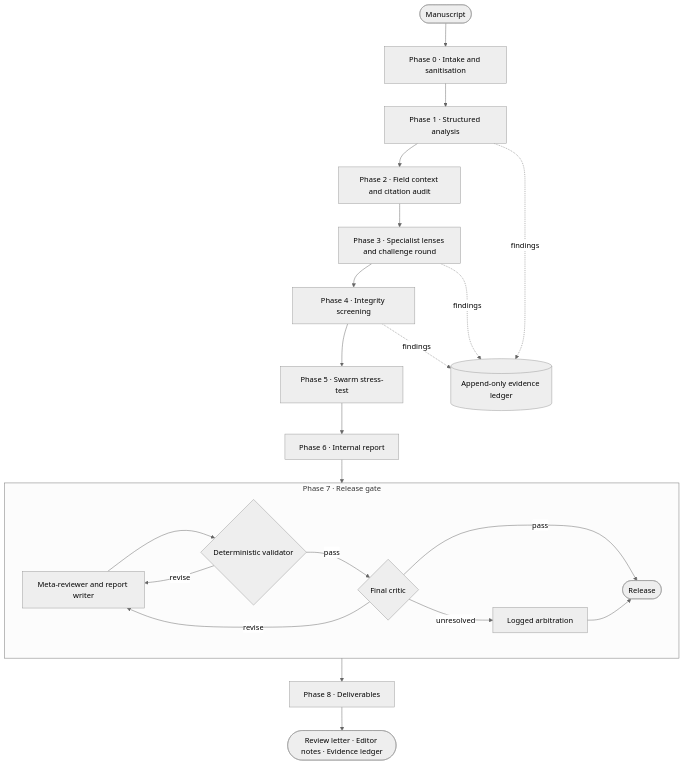
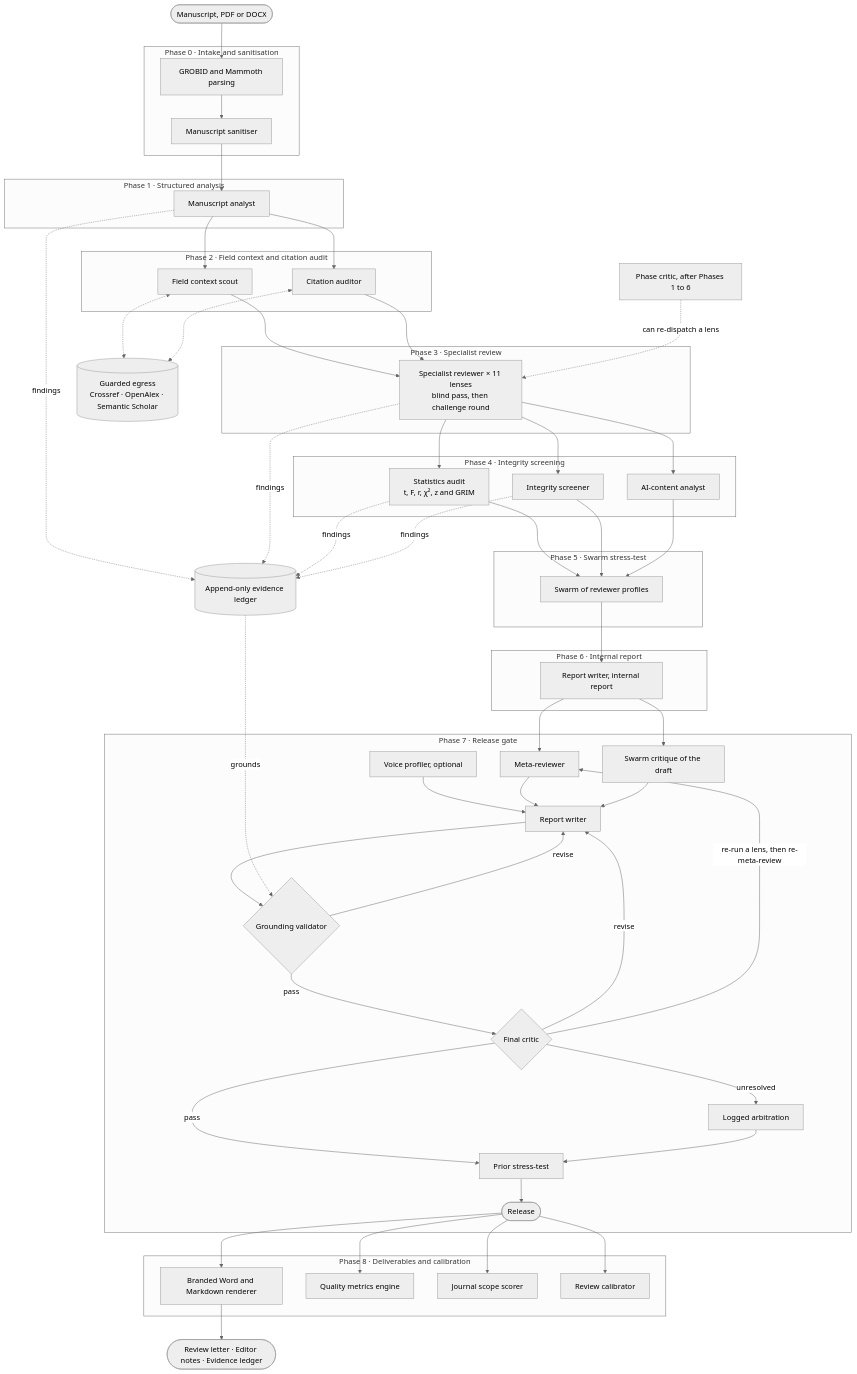
Before and after one commit to llewellynvz/maps-multi-agent-academic-peer-review-system: the diagram in README.md, drawn with Mermaid (neutral theme). The commit also changed other lines of this file and 12 other files, not shown here.

````diff
--- a/README.md
+++ b/README.md
@@ -83,29 +78,75 @@
 ```mermaid
 flowchart TD
-    M([Manuscript]) --> P0[Phase 0 · Intake and sanitisation]
-    P0 --> P1[Phase 1 · Structured analysis]
-    P1 --> P2[Phase 2 · Field context and citation audit]
-    P2 --> P3[Phase 3 · Specialist lenses and challenge round]
-    P3 --> P4[Phase 4 · Integrity screening]
-    P4 --> P5[Phase 5 · Swarm stress-test]
-    P5 --> P6[Phase 6 · Internal report]
-    P6 --> G
+    M([Manuscript, PDF or DOCX]) --> PARSE
 
-    subgraph G [Phase 7 · Release gate]
-      direction LR
-      W[Meta-reviewer and report writer] --> V{Deterministic validator}
-      V -- revise --> W
-      V -- pass --> C{Final critic}
-      C -- revise --> W
-      C -- pass --> R([Release])
-      C -- unresolved --> A[Logged arbitration] --> R
+    subgraph P0 [Phase 0 · Intake and sanitisation]
+      PARSE[GROBID and Mammoth parsing] --> SAN[Manuscript sanitiser]
     end
 
-    G --> P8[Phase 8 · Deliverables]
-    P8 --> OUT([Review letter · Editor notes · Evidence ledger])
+    subgraph P1 [Phase 1 · Structured analysis]
+      MA[Manuscript analyst]
+    end
+
+    subgraph P2 [Phase 2 · Field context and citation audit]
+      FCS[Field context scout]
+      CA[Citation auditor]
+    end
+
+    subgraph P3 [Phase 3 · Specialist review]
+      SR["Specialist reviewer × 11 lenses<br/>blind pass, then challenge round"]
+    end
+
+    subgraph P4 [Phase 4 · Integrity screening]
+      STAT["Statistics audit<br/>t, F, r, χ², z and GRIM"]
+      IS[Integrity screener]
+      AIC[AI-content analyst]
+    end
+
+    subgraph P5 [Phase 5 · Swarm stress-test]
+      SW[Swarm of reviewer profiles]
+    end
+
+    subgraph P6 [Phase 6 · Internal report]
+      IR[Report writer, internal report]
+    end
+
+    subgraph P7 [Phase 7 · Release gate]
+      VP[Voice profiler, optional] --> RW
+      MR[Meta-reviewer] --> RW[Report writer]
+      SWR[Swarm critique of the draft] --> RW
+      RW --> V{Grounding validator}
+      V -- revise --> RW
+      V -- pass --> FC{Final critic}
+      FC -- revise --> RW
+      FC -- re-run a lens, then re-meta-review --> MR
+      FC -- pass --> PST[Prior stress-test]
+      FC -- unresolved --> ARB[Logged arbitration] --> PST
+      PST --> R([Release])
+    end
+
+    subgraph P8 [Phase 8 · Deliverables and calibration]
+      DOC[Branded Word and Markdown renderer]
+      QM[Quality metrics engine]
+      JSS[Journal scope scorer]
+      CAL[Review calibrator]
+    end
+
+    SAN --> MA --> FCS & CA
+    FCS & CA --> SR --> STAT & IS & AIC
+    STAT & IS & AIC --> SW --> IR --> MR & SWR
+    R --> DOC & QM & JSS & CAL
+    DOC --> OUT([Review letter · Editor notes · Evidence ledger])
+
+    PC[Phase critic, after Phases 1 to 6] -. can re-dispatch a lens .-> SR
+
+    EG[(Guarded egress<br/>Crossref · OpenAlex · Semantic Scholar)]
+    FCS <-.-> EG
+    CA <-.-> EG
 
     L[(Append-only evidence ledger)]
-    P1 -. findings .-> L
-    P3 -. findings .-> L
-    P4 -. findings .-> L
+    MA -. findings .-> L
+    SR -. findings .-> L
+    STAT -. findings .-> L
+    IS -. findings .-> L
+    L -. grounds .-> V
 ```
````
